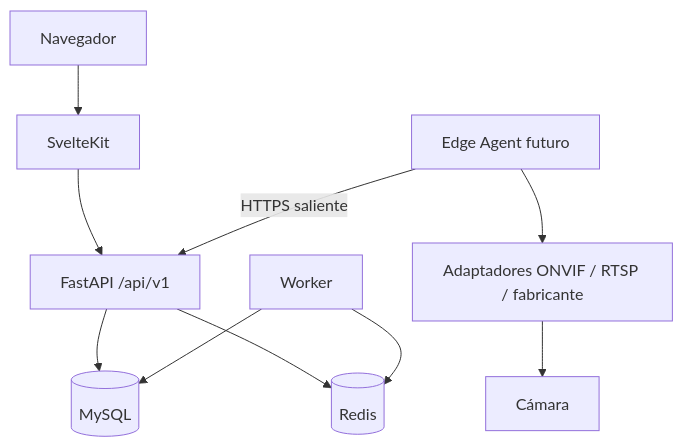
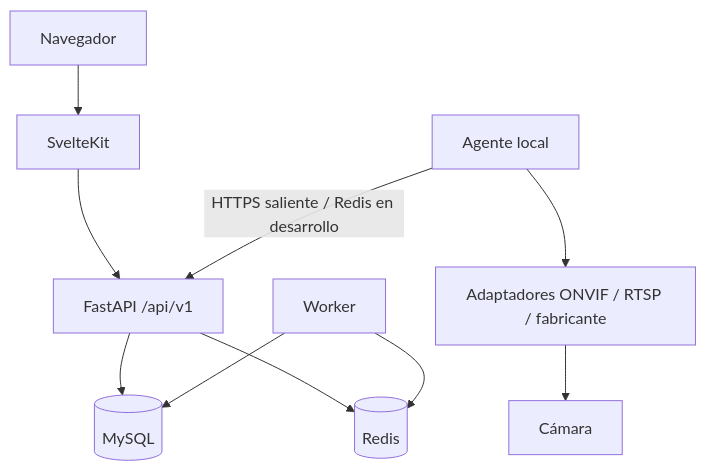
Before and after one commit to developerlhc/camara_ia: the first of 2 diagrams in docs/ARCHITECTURE.md, drawn with Mermaid. The commit also changed other lines of this file and 52 other files, not shown here.

````diff
--- a/docs/ARCHITECTURE.md
+++ b/docs/ARCHITECTURE.md
@@ -13,12 +13,12 @@
 ```mermaid
 flowchart TD
   Browser[Navegador] --> Web[SvelteKit]
   Web --> API[FastAPI /api/v1]
   API --> DB[(MySQL)]
   API --> Redis[(Redis)]
   Worker[Worker] --> DB
   Worker --> Redis
-  Agent[Edge Agent futuro] -->|HTTPS saliente| API
+  Agent[Agente local] -->|HTTPS saliente / Redis en desarrollo| API
   Agent --> Adapters[Adaptadores ONVIF / RTSP / fabricante]
   Adapters --> Camera[Cámara]
 ```
````
